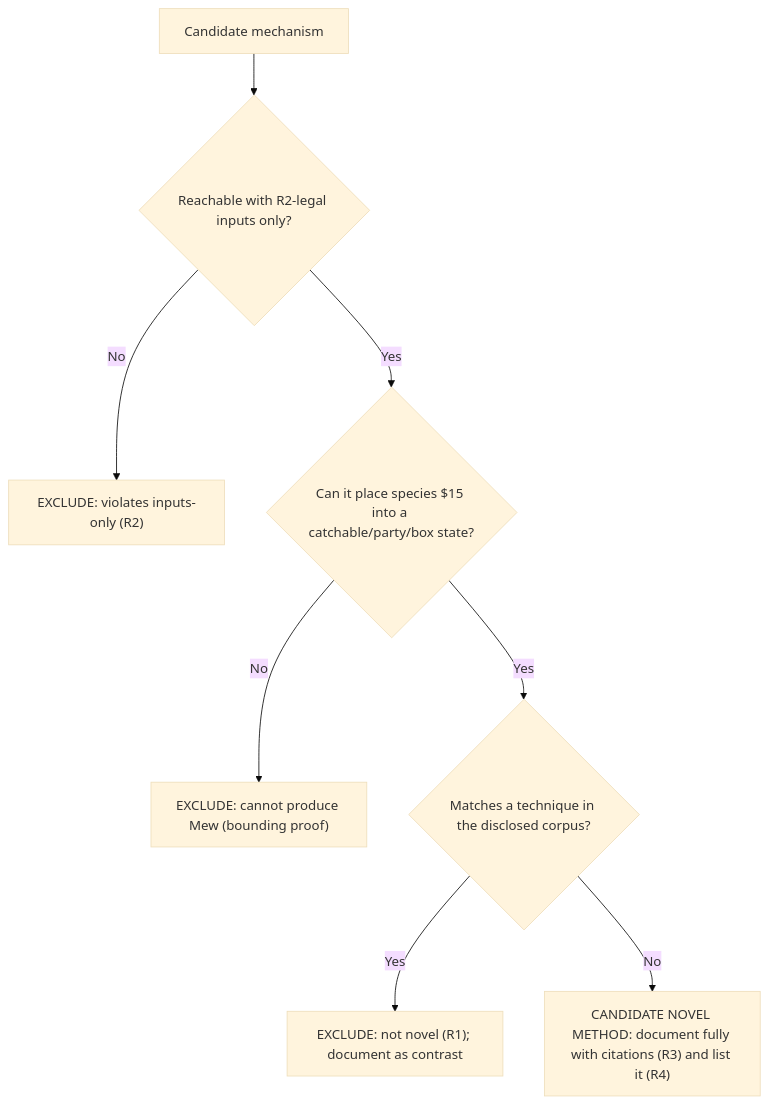
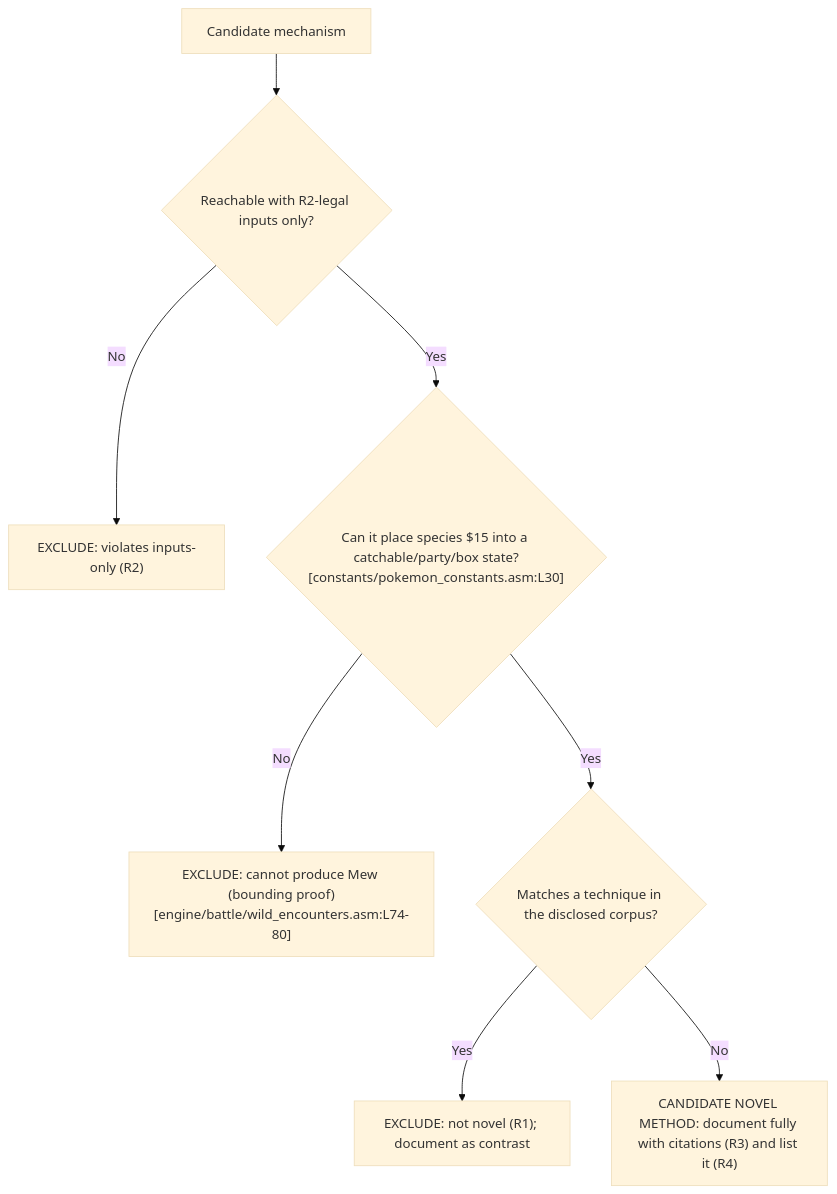
Before and after one commit to Blitzy-Sandbox/pokered: the diagram in docs/mew-acquisition/03-novelty-verification.md, drawn with Mermaid (base theme). The commit also changed other lines of this file and 16 other files, not shown here.

````diff
--- a/docs/mew-acquisition/03-novelty-verification.md
+++ b/docs/mew-acquisition/03-novelty-verification.md
@@ -78,10 +86,10 @@
 ```mermaid
 flowchart TD
     START["Candidate mechanism"] --> Q1{"Reachable with R2-legal inputs only?"}
     Q1 -->|No| X1["EXCLUDE: violates inputs-only (R2)"]
-    Q1 -->|Yes| Q2{"Can it place species $15 into a catchable/party/box state?"}
-    Q2 -->|No| X2["EXCLUDE: cannot produce Mew (bounding proof)"]
+    Q1 -->|Yes| Q2{"Can it place species $15 into a catchable/party/box state?<br/>[constants/pokemon_constants.asm:L30]"}
+    Q2 -->|No| X2["EXCLUDE: cannot produce Mew (bounding proof)<br/>[engine/battle/wild_encounters.asm:L74-80]"]
     Q2 -->|Yes| Q3{"Matches a technique in the disclosed corpus?"}
     Q3 -->|Yes| X3["EXCLUDE: not novel (R1); document as contrast"]
     Q3 -->|No| PASS["CANDIDATE NOVEL METHOD: document fully with citations (R3) and list it (R4)"]
 ```
````
